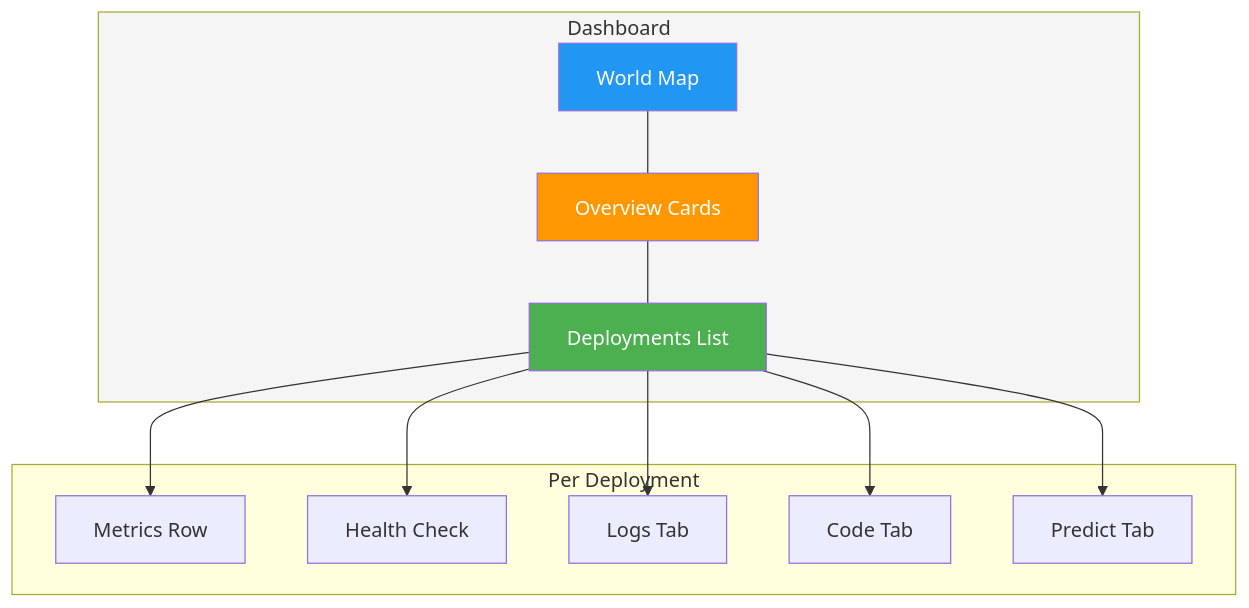
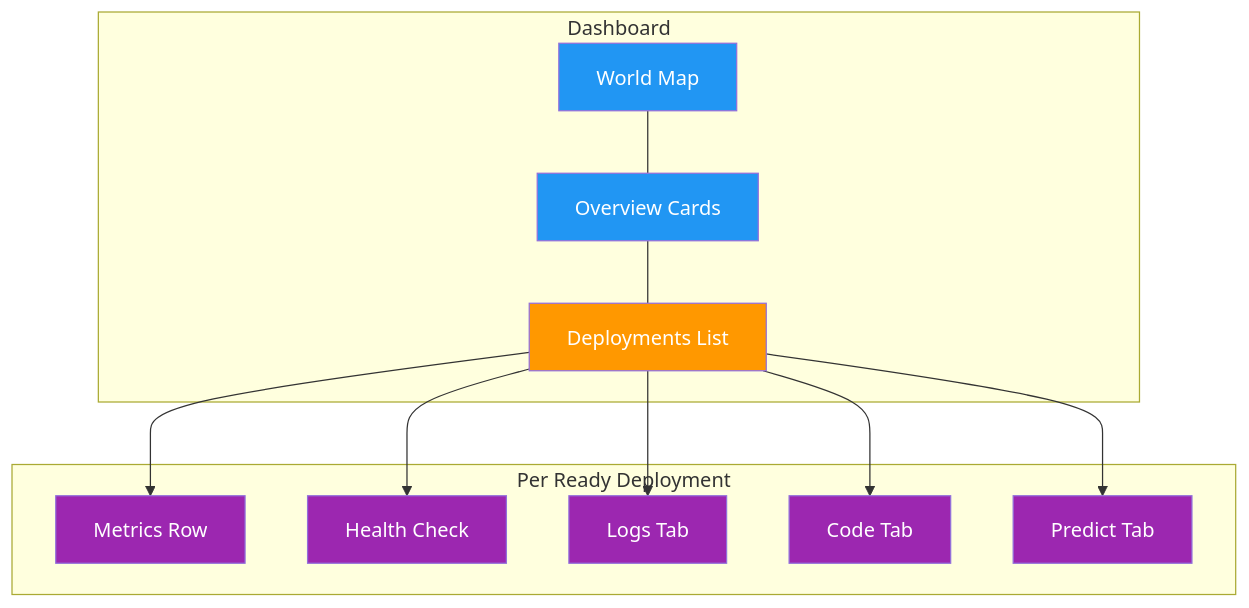
Before and after one commit to KATe-AGI/Embodied_VG: the diagram in ultralytics/docs/en/platform/deploy/monitoring.md, drawn with Mermaid. The commit also changed other lines of this file and 980 other files, not shown here.

````diff
--- a/ultralytics/docs/en/platform/deploy/monitoring.md
+++ b/ultralytics/docs/en/platform/deploy/monitoring.md
@@ -17,24 +19,23 @@
 ```mermaid
 graph TB
     subgraph Dashboard
-        Map[World Map] --- Cards[Overview Cards]
-        Cards --- List[Deployments List]
+        Map[World Map]:::proc --- Cards[Overview Cards]:::proc
+        Cards --- List[Deployments List]:::decide
     end
-    subgraph "Per Deployment"
-        Metrics[Metrics Row]
-        Health[Health Check]
-        Logs[Logs Tab]
-        Code[Code Tab]
-        Predict[Predict Tab]
+    subgraph "Per Ready Deployment"
+        Metrics[Metrics Row]:::out
+        Health[Health Check]:::out
+        Logs[Logs Tab]:::out
+        Code[Code Tab]:::out
+        Predict[Predict Tab]:::out
     end
     List --> Metrics
     List --> Health
     List --> Logs
     List --> Code
     List --> Predict
 
-    style Dashboard fill:#f5f5f5,color:#333
-    style Map fill:#2196F3,color:#fff
-    style Cards fill:#FF9800,color:#fff
-    style List fill:#4CAF50,color:#fff
+    classDef proc fill:#2196F3,color:#fff
+    classDef decide fill:#FF9800,color:#fff
+    classDef out fill:#9C27B0,color:#fff
 ```
````
